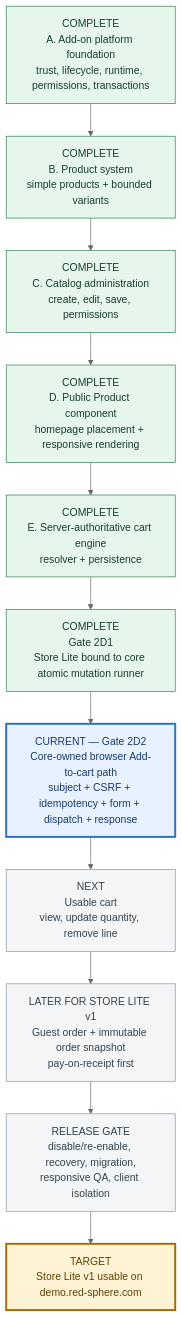
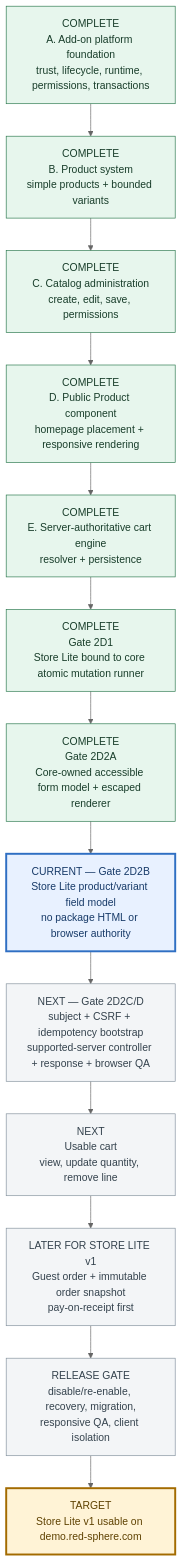
Before and after one commit to orojas01-glitch/redcms: the second of 2 diagrams in docs/ADD-ON-PLATFORM-STATUS.md, drawn with Mermaid (neutral theme). The commit also changed other lines of this file and 9 other files, not shown here.

Commit message:
Add core public mutation form UI

````diff
--- a/docs/ADD-ON-PLATFORM-STATUS.md
+++ b/docs/ADD-ON-PLATFORM-STATUS.md
@@ -30,25 +30,27 @@
 ```mermaid
 flowchart TD
     A["COMPLETE<br/>A. Add-on platform foundation<br/>trust, lifecycle, runtime, permissions, transactions"]
     B["COMPLETE<br/>B. Product system<br/>simple products + bounded variants"]
     C["COMPLETE<br/>C. Catalog administration<br/>create, edit, save, permissions"]
     D["COMPLETE<br/>D. Public Product component<br/>homepage placement + responsive rendering"]
     E["COMPLETE<br/>E. Server-authoritative cart engine<br/>resolver + persistence"]
     F["COMPLETE<br/>Gate 2D1<br/>Store Lite bound to core atomic mutation runner"]
-    G["CURRENT — Gate 2D2<br/>Core-owned browser Add-to-cart path<br/>subject + CSRF + idempotency + form + dispatch + response"]
+    G1["COMPLETE<br/>Gate 2D2A<br/>Core-owned accessible form model + escaped renderer"]
+    G2["CURRENT — Gate 2D2B<br/>Store Lite product/variant field model<br/>no package HTML or browser authority"]
+    G3["NEXT — Gate 2D2C/D<br/>subject + CSRF + idempotency bootstrap<br/>supported-server controller + response + browser QA"]
     H["NEXT<br/>Usable cart<br/>view, update quantity, remove line"]
     I["LATER FOR STORE LITE v1<br/>Guest order + immutable order snapshot<br/>pay-on-receipt first"]
     J["RELEASE GATE<br/>disable/re-enable, recovery, migration,<br/>responsive QA, client isolation"]
     K["TARGET<br/>Store Lite v1 usable on demo.red-sphere.com"]
 
-    A --> B --> C --> D --> E --> F --> G --> H --> I --> J --> K
+    A --> B --> C --> D --> E --> F --> G1 --> G2 --> G3 --> H --> I --> J --> K
 
     classDef complete fill:#e7f6ed,stroke:#27764a,color:#183d2a;
     classDef current fill:#e8f1ff,stroke:#2f6fc3,color:#173a68,stroke-width:3px;
     classDef remaining fill:#f3f5f7,stroke:#82909c,color:#34424d;
     classDef target fill:#fff3d6,stroke:#a36b00,color:#5e4100,stroke-width:3px;
-    class A,B,C,D,E,F complete;
-    class G current;
-    class H,I,J remaining;
+    class A,B,C,D,E,F,G1 complete;
+    class G2 current;
+    class G3,H,I,J remaining;
     class K target;
 ```
````
